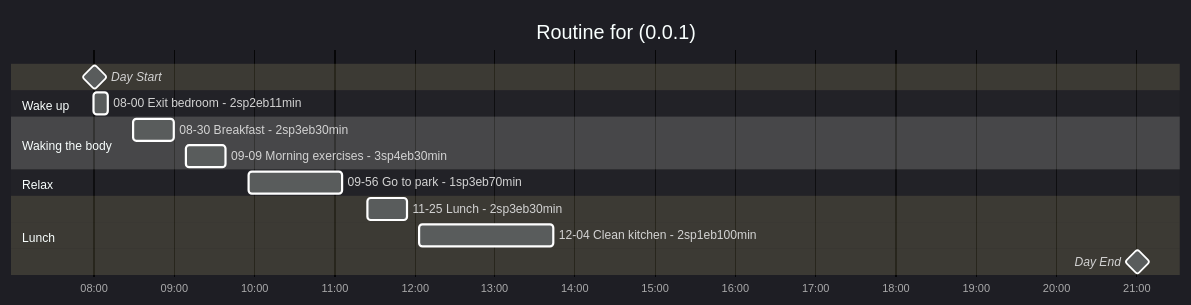
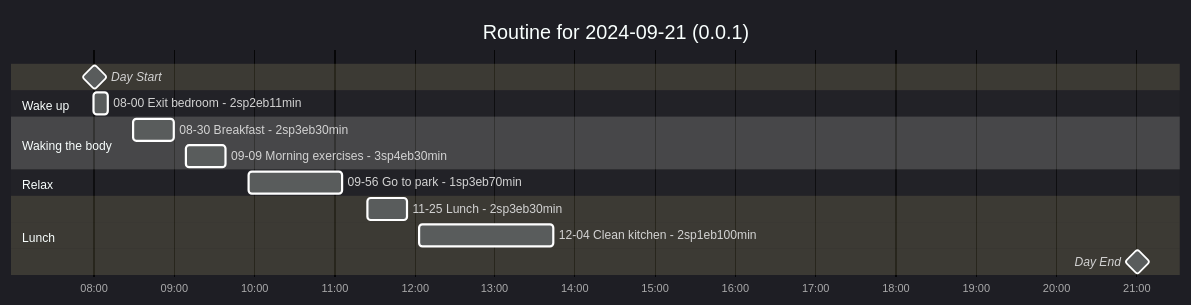
One commit to thisago/routineParser changed the diagram in readme.org. Above: the diagram before and after it, drawn with Mermaid. The commit also changed other lines of this file, not shown here.

```diff
--- a/readme.org
+++ b/readme.org
@@ -107,25 +107,25 @@
 #+begin_src mermaid :file example.svg
 %%{init: { 'theme': 'dark' } }%%
 gantt
-  title Routine for  (0.0.1)
+  title Routine for 2024-09-21 (0.0.1)
   dateFormat HH:mm
   axisFormat %H:%M
 
   Day Start : milestone, m1, 08:00, 2m
 
   section Wake up
   08-00 Exit bedroom - 2sp2eb11min : 08:00, 11m
 
   section Waking the body
   08-30 Breakfast - 2sp3eb30min : 08:30, 30m
   09-09 Morning exercises - 3sp4eb30min : 09:09, 30m
 
   section Relax
   09-56 Go to park - 1sp3eb70min : 09:56, 70m
 
   section Lunch
   11-25 Lunch - 2sp3eb30min : 11:25, 30m
   12-04 Clean kitchen - 2sp1eb100min : 12:04, 100m
 
   Day End : milestone, m2, 21:00, 2m
 #+end_src
```
